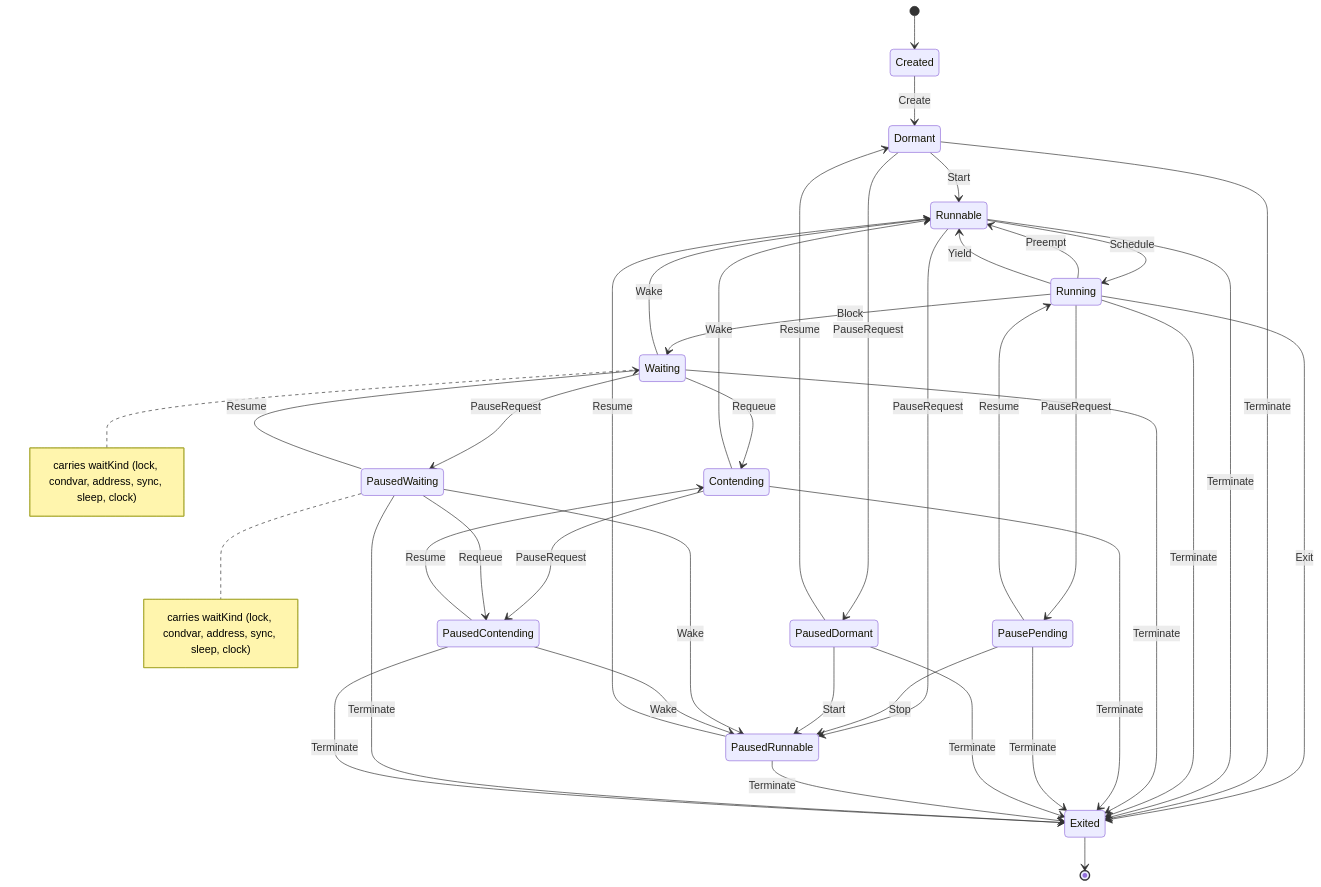
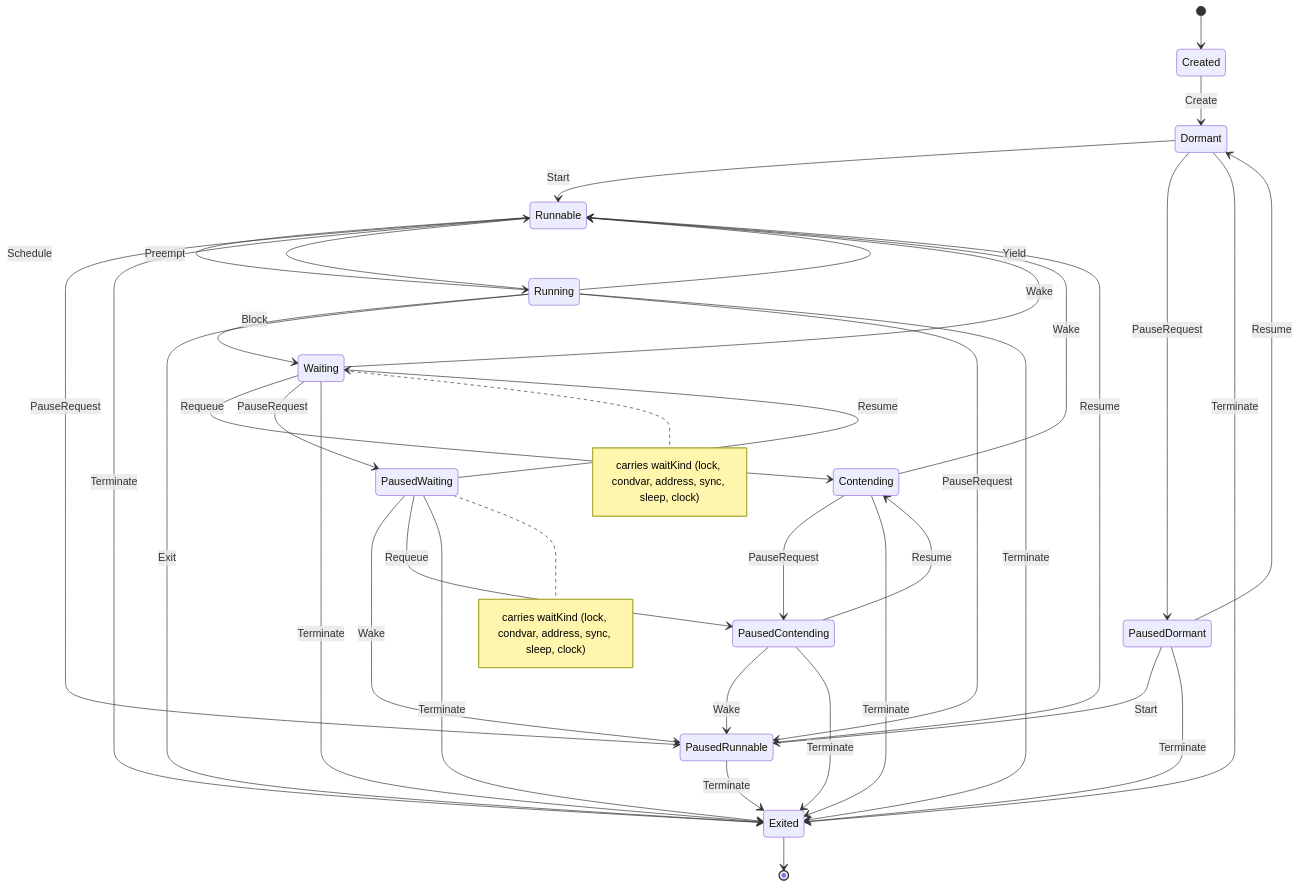
The diagram in docs/machines/kthread.md (lambda-run/nxweb), drawn with Mermaid before and after one commit. The commit also changed other lines of this file and 30 other files, not shown here.

First line of the commit message:
WIP snapshot: kernel, graphics and translator round 2 in flight, not yet verified

````diff
--- a/docs/machines/kthread.md
+++ b/docs/machines/kthread.md
@@ -7,42 +7,39 @@
 ```mermaid
 stateDiagram-v2
     [*] --> Created
     Created --> Dormant: Create
     Dormant --> Runnable: Start
     Runnable --> Running: Schedule
     Running --> Runnable: Preempt
     Running --> Runnable: Yield
     Running --> Waiting: Block
     Running --> Exited: Exit
     Waiting --> Runnable: Wake
     Waiting --> Contending: Requeue
     Contending --> Runnable: Wake
     Dormant --> PausedDormant: PauseRequest
     Runnable --> PausedRunnable: PauseRequest
-    Running --> PausePending: PauseRequest
+    Running --> PausedRunnable: PauseRequest
     Waiting --> PausedWaiting: PauseRequest
     Contending --> PausedContending: PauseRequest
-    PausePending --> PausedRunnable: Stop
-    PausePending --> Running: Resume
     PausedDormant --> PausedRunnable: Start
     PausedDormant --> Dormant: Resume
     PausedRunnable --> Runnable: Resume
     PausedWaiting --> Waiting: Resume
     PausedWaiting --> PausedRunnable: Wake
     PausedWaiting --> PausedContending: Requeue
     PausedContending --> PausedRunnable: Wake
     PausedContending --> Contending: Resume
     Dormant --> Exited: Terminate
     Runnable --> Exited: Terminate
     Running --> Exited: Terminate
     Waiting --> Exited: Terminate
     Contending --> Exited: Terminate
-    PausePending --> Exited: Terminate
     PausedDormant --> Exited: Terminate
     PausedRunnable --> Exited: Terminate
     PausedWaiting --> Exited: Terminate
     PausedContending --> Exited: Terminate
     Exited --> [*]
     note right of Waiting: carries waitKind (lock, condvar, address, sync, sleep, clock)
     note right of PausedWaiting: carries waitKind (lock, condvar, address, sync, sleep, clock)
 ```
````
